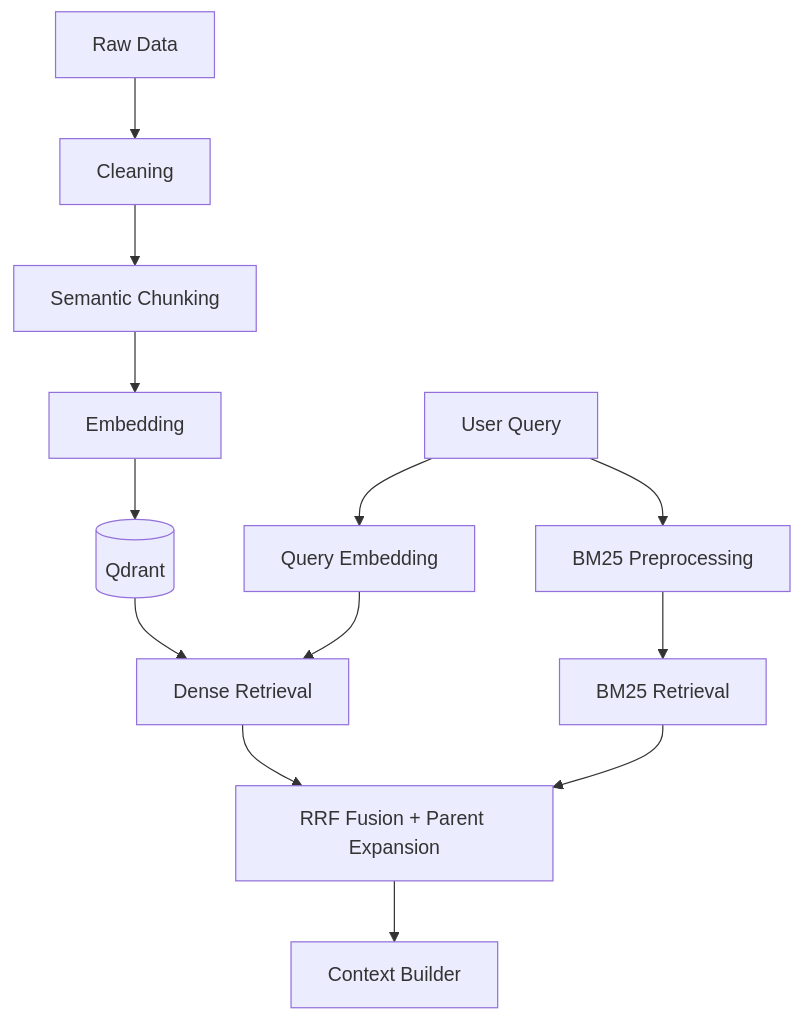
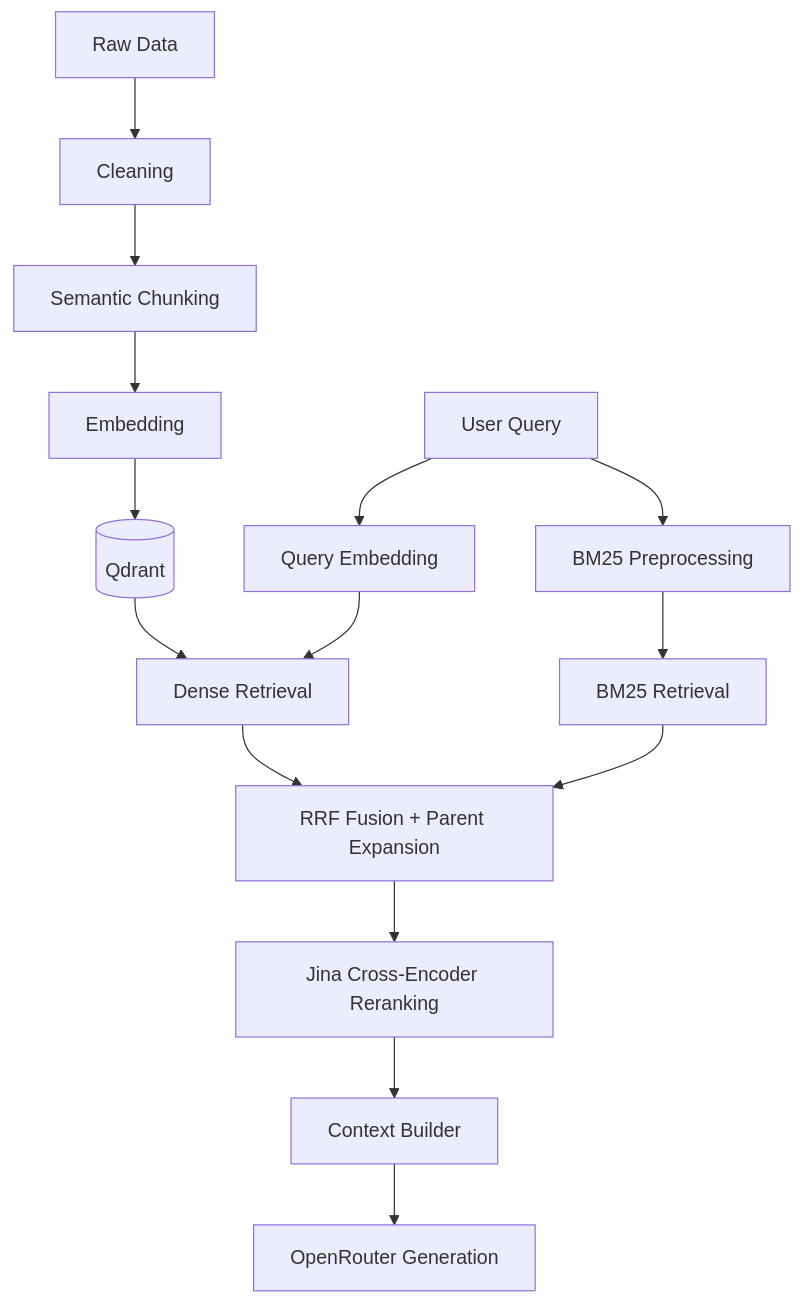
One commit to parhammm13/persian-cultural-rag-agent changed the diagram in README.md. Above: the diagram before and after it, drawn with Mermaid. The commit also changed other lines of this file and 5 other files, not shown here.

````diff
--- a/README.md
+++ b/README.md
@@ -11,16 +11,18 @@
 ```mermaid
 graph TD
     A[Raw Data] --> B[Cleaning]
     B --> C[Semantic Chunking]
     C --> D[Embedding]
     D --> E[(Qdrant)]
 
     F[User Query] --> G1[Query Embedding]
     F --> G2[BM25 Preprocessing]
     G1 --> H1[Dense Retrieval]
     E --> H1
     G2 --> H2[BM25 Retrieval]
     H1 --> I[RRF Fusion + Parent Expansion]
     H2 --> I
-    I --> J[Context Builder]
+    I --> R[Jina Cross-Encoder Reranking]
+    R --> J[Context Builder]
+    J --> L[OpenRouter Generation]
 ```
````
